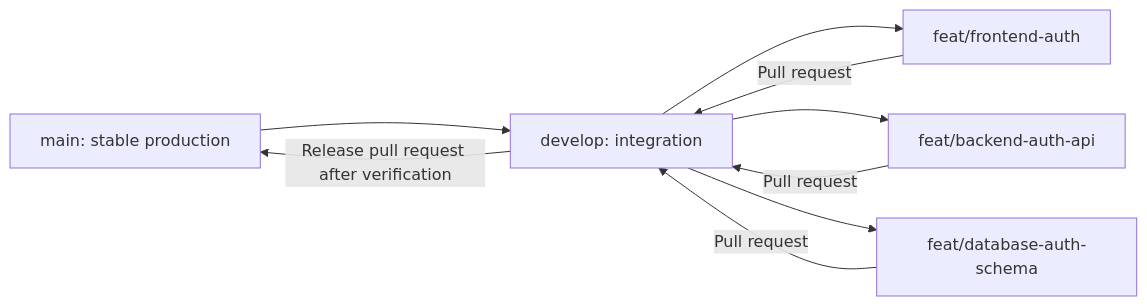
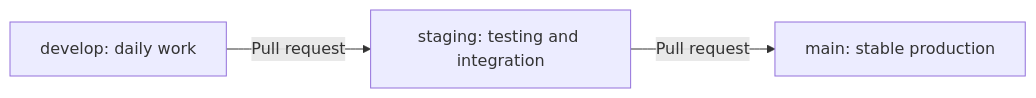
The first of 5 diagrams in docs/TEAM_DEVELOPMENT_GUIDE.md (Pawankshetri11/Ordino), drawn with Mermaid before and after one commit. The commit also changed other lines of this file and 2 other files, not shown here.

````diff
--- a/docs/TEAM_DEVELOPMENT_GUIDE.md
+++ b/docs/TEAM_DEVELOPMENT_GUIDE.md
@@ -57,11 +56,5 @@
 ```mermaid
 flowchart LR
-    M[main: stable production] --> D[develop: integration]
-    D --> PF[feat/frontend-auth]
-    D --> HB[feat/backend-auth-api]
-    D --> HD[feat/database-auth-schema]
-    PF -->|Pull request| D
-    HB -->|Pull request| D
-    HD -->|Pull request| D
-    D -->|Release pull request after verification| M
+    D[develop: daily work] -->|Pull request| S[staging: testing and integration]
+    S -->|Pull request| M[main: stable production]
 ```
````
